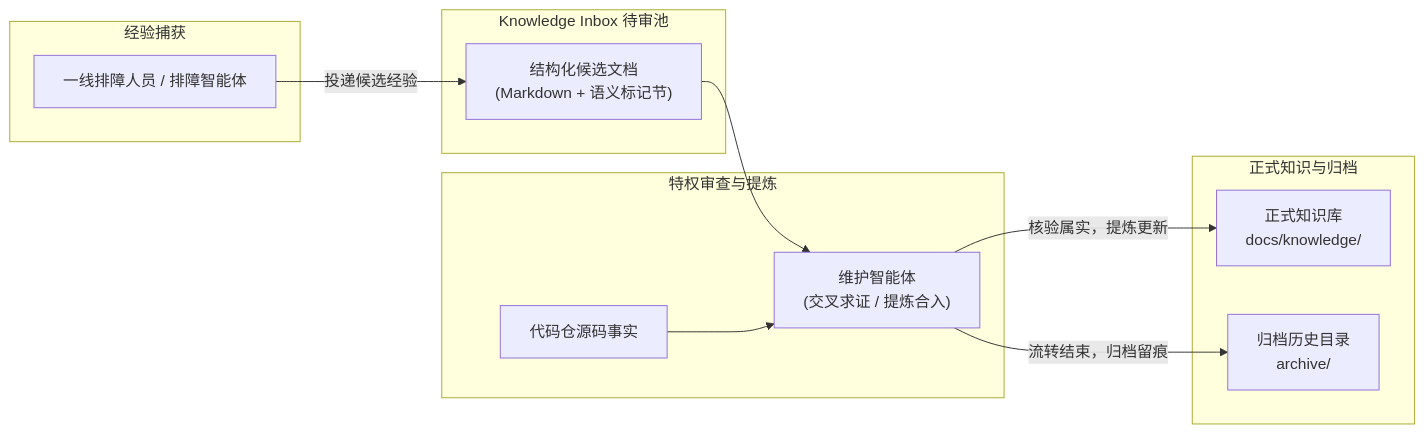
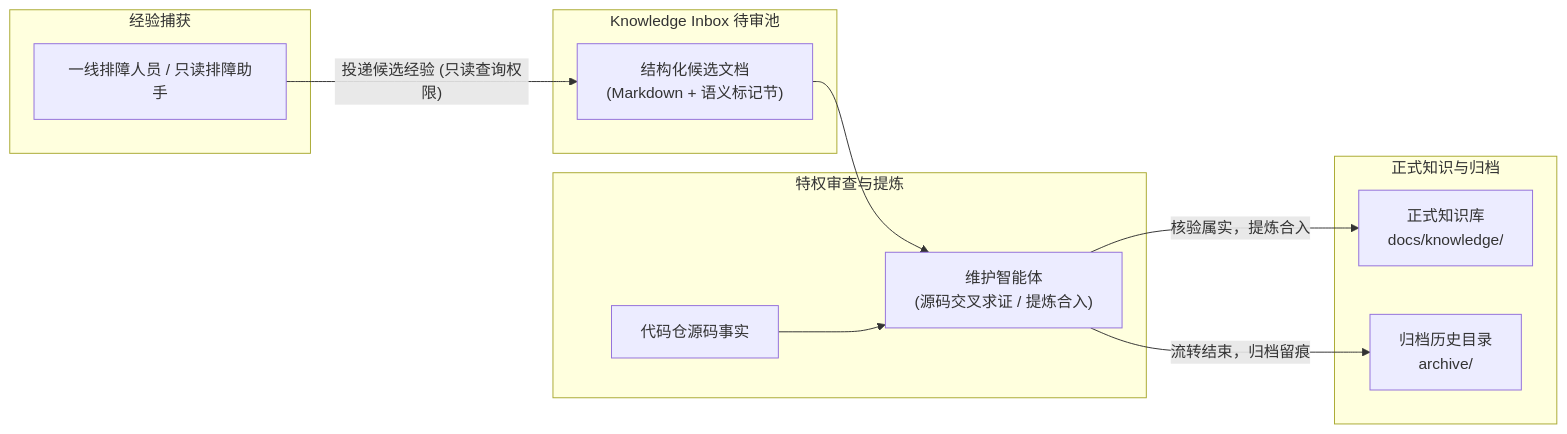
One commit to fjay/knowledge-dock changed the second of 3 diagrams in docs/workflow.md. Above: the diagram before and after it, drawn with Mermaid. The commit also changed other lines of this file and 9 other files, not shown here.

Commit message:
docs: rewrite all documentation with concise table-driven invariant architecture style

````diff
--- a/docs/workflow.md
+++ b/docs/workflow.md
@@ -73,26 +100,26 @@
 ```mermaid
 flowchart LR
     subgraph Capture ["经验捕获"]
-        Troubleshooter["一线排障人员 / 排障智能体"]
+        Troubleshooter["一线排障人员 / 只读排障助手"]
     end
 
     subgraph Inbox ["Knowledge Inbox 待审池"]
         CandidateDoc["结构化候选文档<br/>(Markdown + 语义标记节)"]
     end
 
     subgraph Review ["特权审查与提炼"]
-        Maintainer["维护智能体<br/>(交叉求证 / 提炼合入)"]
+        Maintainer["维护智能体<br/>(源码交叉求证 / 提炼合入)"]
         SourceCode["代码仓源码事实"]
     end
 
     subgraph Publish ["正式知识与归档"]
         FormalDocs["正式知识库<br/>docs/knowledge/"]
         Archive["归档历史目录<br/>archive/"]
     end
 
-    Troubleshooter -->|"投递候选经验"| CandidateDoc
+    Troubleshooter -->|"投递候选经验 (只读查询权限)"| CandidateDoc
     CandidateDoc --> Maintainer
     SourceCode --> Maintainer
-    Maintainer -->|"核验属实，提炼更新"| FormalDocs
+    Maintainer -->|"核验属实，提炼合入"| FormalDocs
     Maintainer -->|"流转结束，归档留痕"| Archive
 ```
````
